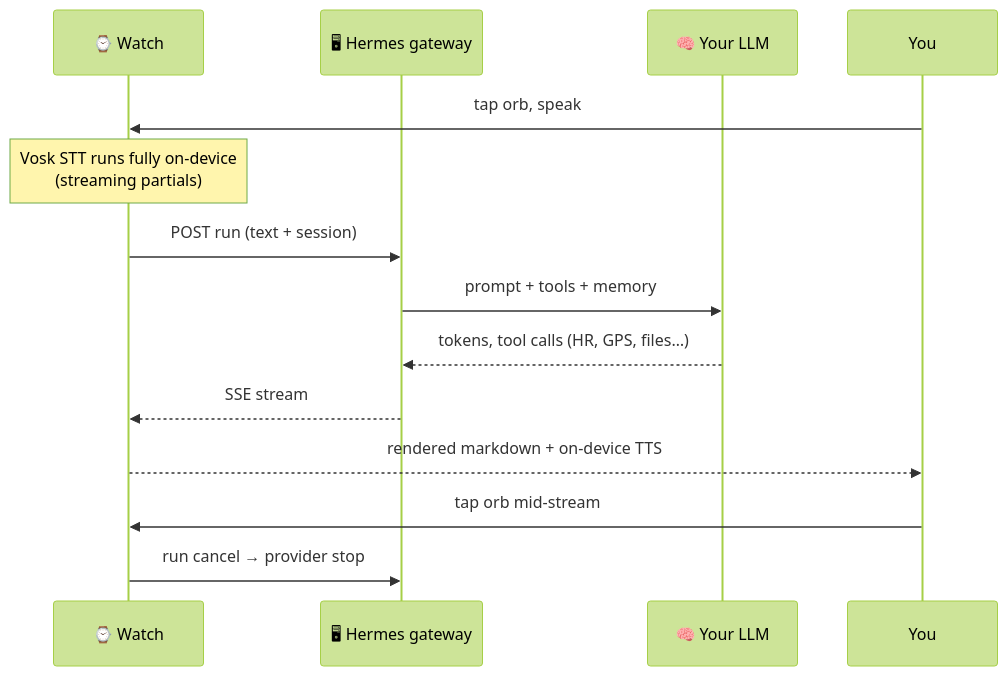
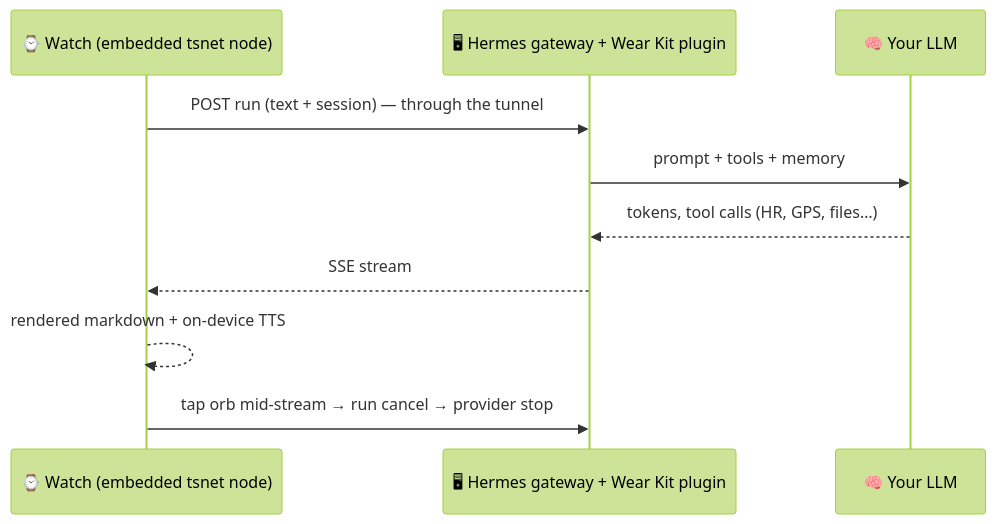
One commit to borealBytes/hermes-wearos changed the first of 3 diagrams in README.md. Above: the diagram before and after it, drawn with Mermaid (forest theme). The commit also changed other lines of this file and 166 other files, not shown here.

First line of the commit message:
Wear Kit pluginization: hermes-plugin/, tailnet-only enforcement, first CI (#4)

````diff
--- a/README.md
+++ b/README.md
@@ -185,15 +190,12 @@
 ```mermaid
 sequenceDiagram
-    participant W as ⌚ Watch
-    participant G as 🖥 Hermes gateway
+    participant W as ⌚ Watch (embedded tsnet node)
+    participant G as 🖥 Hermes gateway + Wear Kit plugin
     participant L as 🧠 Your LLM
-    You->>W: tap orb, speak
-    Note over W: Vosk STT runs fully on-device<br/>(streaming partials)
-    W->>G: POST run (text + session)
+    W->>G: POST run (text + session) — through the tunnel
     G->>L: prompt + tools + memory
     L-->>G: tokens, tool calls (HR, GPS, files…)
     G-->>W: SSE stream
-    W-->>You: rendered markdown + on-device TTS
-    You->>W: tap orb mid-stream
-    W->>G: run cancel → provider stop
+    W-->>W: rendered markdown + on-device TTS
+    W->>G: tap orb mid-stream → run cancel → provider stop
 ```
````
